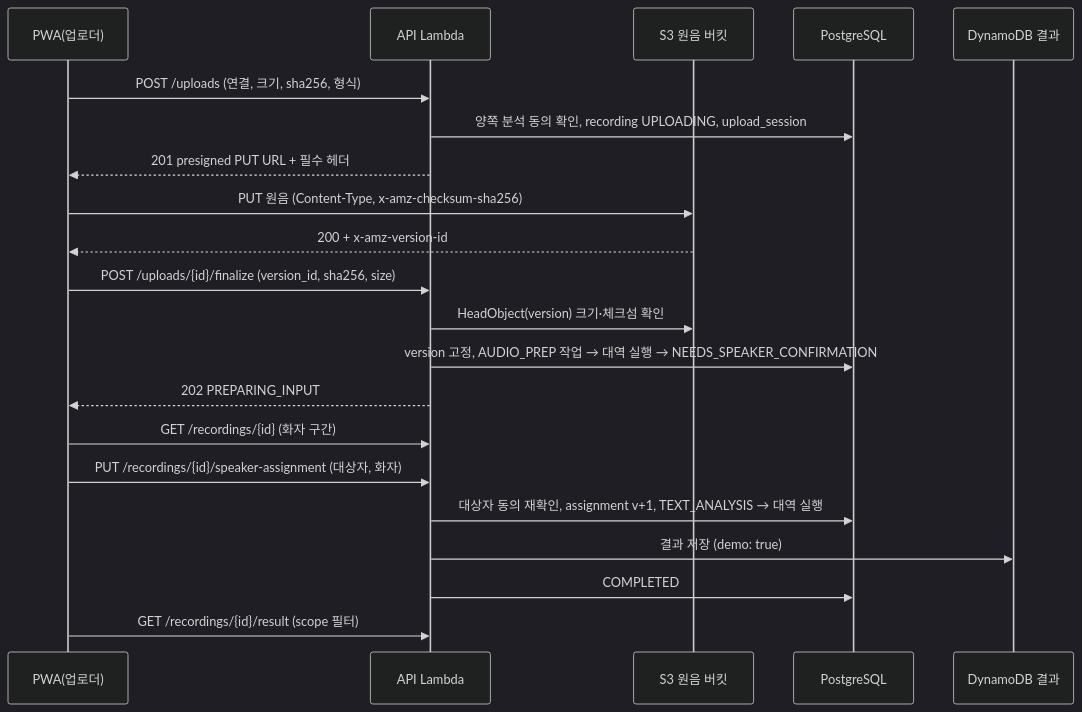
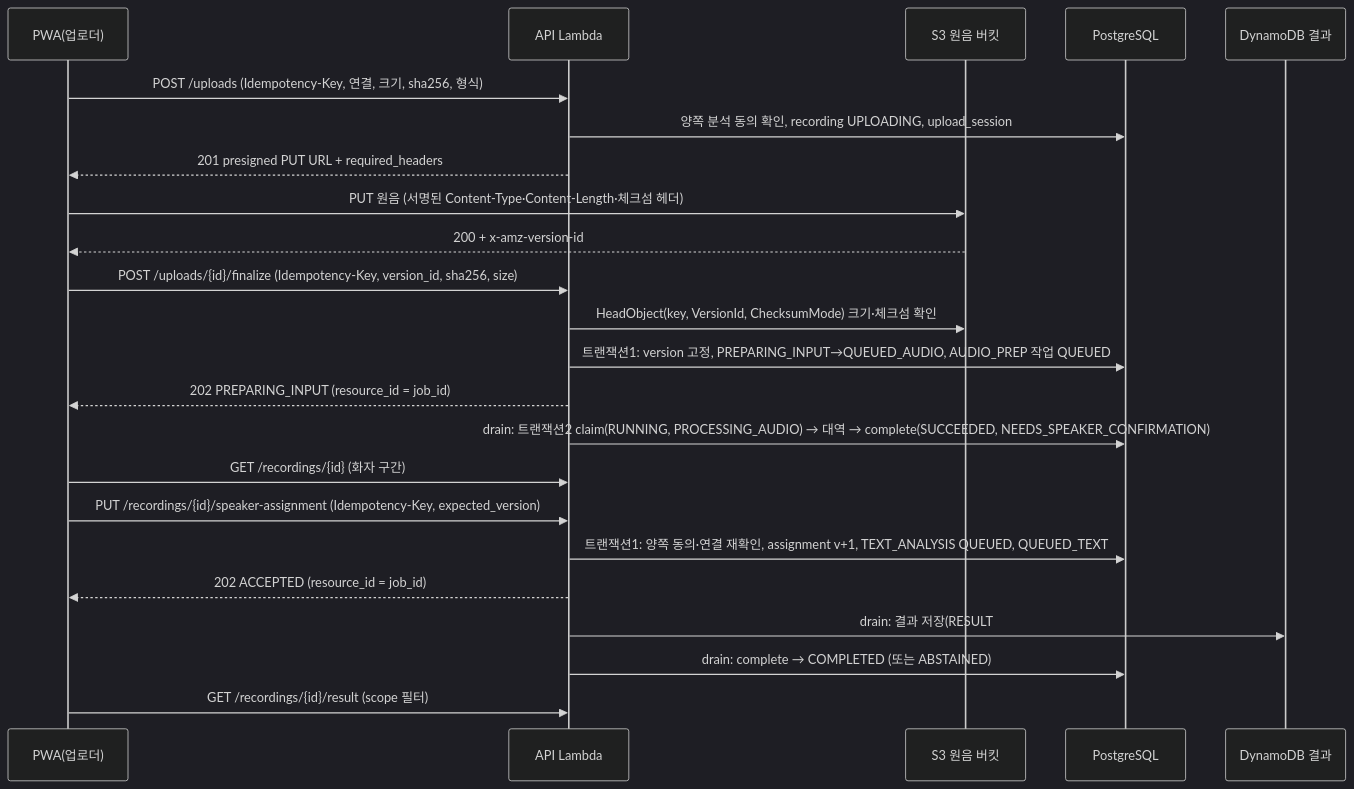
One commit to Advanced-AI-Leadership-Project/umsal-backend changed the diagram in docs/mvp-recording-design.md. Above: the diagram before and after it, drawn with Mermaid (dark theme). The commit also changed other lines of this file, not shown here.

````diff
--- a/docs/mvp-recording-design.md
+++ b/docs/mvp-recording-design.md
@@ -18,23 +18,25 @@
 ```mermaid
 sequenceDiagram
   participant P as PWA(업로더)
   participant A as API Lambda
   participant S as S3 원음 버킷
   participant D as PostgreSQL
   participant R as DynamoDB 결과
-  P->>A: POST /uploads (연결, 크기, sha256, 형식)
+  P->>A: POST /uploads (Idempotency-Key, 연결, 크기, sha256, 형식)
   A->>D: 양쪽 분석 동의 확인, recording UPLOADING, upload_session
-  A-->>P: 201 presigned PUT URL + 필수 헤더
-  P->>S: PUT 원음 (Content-Type, x-amz-checksum-sha256)
+  A-->>P: 201 presigned PUT URL + required_headers
+  P->>S: PUT 원음 (서명된 Content-Type·Content-Length·체크섬 헤더)
   S-->>P: 200 + x-amz-version-id
-  P->>A: POST /uploads/{id}/finalize (version_id, sha256, size)
-  A->>S: HeadObject(version) 크기·체크섬 확인
-  A->>D: version 고정, AUDIO_PREP 작업 → 대역 실행 → NEEDS_SPEAKER_CONFIRMATION
-  A-->>P: 202 PREPARING_INPUT
+  P->>A: POST /uploads/{id}/finalize (Idempotency-Key, version_id, sha256, size)
+  A->>S: HeadObject(key, VersionId, ChecksumMode) 크기·체크섬 확인
+  A->>D: 트랜잭션1: version 고정, PREPARING_INPUT→QUEUED_AUDIO, AUDIO_PREP 작업 QUEUED
+  A-->>P: 202 PREPARING_INPUT (resource_id = job_id)
+  A->>D: drain: 트랜잭션2 claim(RUNNING, PROCESSING_AUDIO) → 대역 → complete(SUCCEEDED, NEEDS_SPEAKER_CONFIRMATION)
   P->>A: GET /recordings/{id} (화자 구간)
-  P->>A: PUT /recordings/{id}/speaker-assignment (대상자, 화자)
-  A->>D: 대상자 동의 재확인, assignment v+1, TEXT_ANALYSIS → 대역 실행
-  A->>R: 결과 저장 (demo: true)
-  A->>D: COMPLETED
+  P->>A: PUT /recordings/{id}/speaker-assignment (Idempotency-Key, expected_version)
+  A->>D: 트랜잭션1: 양쪽 동의·연결 재확인, assignment v+1, TEXT_ANALYSIS QUEUED, QUEUED_TEXT
+  A-->>P: 202 ACCEPTED (resource_id = job_id)
+  A->>R: drain: 결과 저장(RESULT#v, demo true)
+  A->>D: drain: complete → COMPLETED (또는 ABSTAINED)
   P->>A: GET /recordings/{id}/result (scope 필터)
 ```
````
